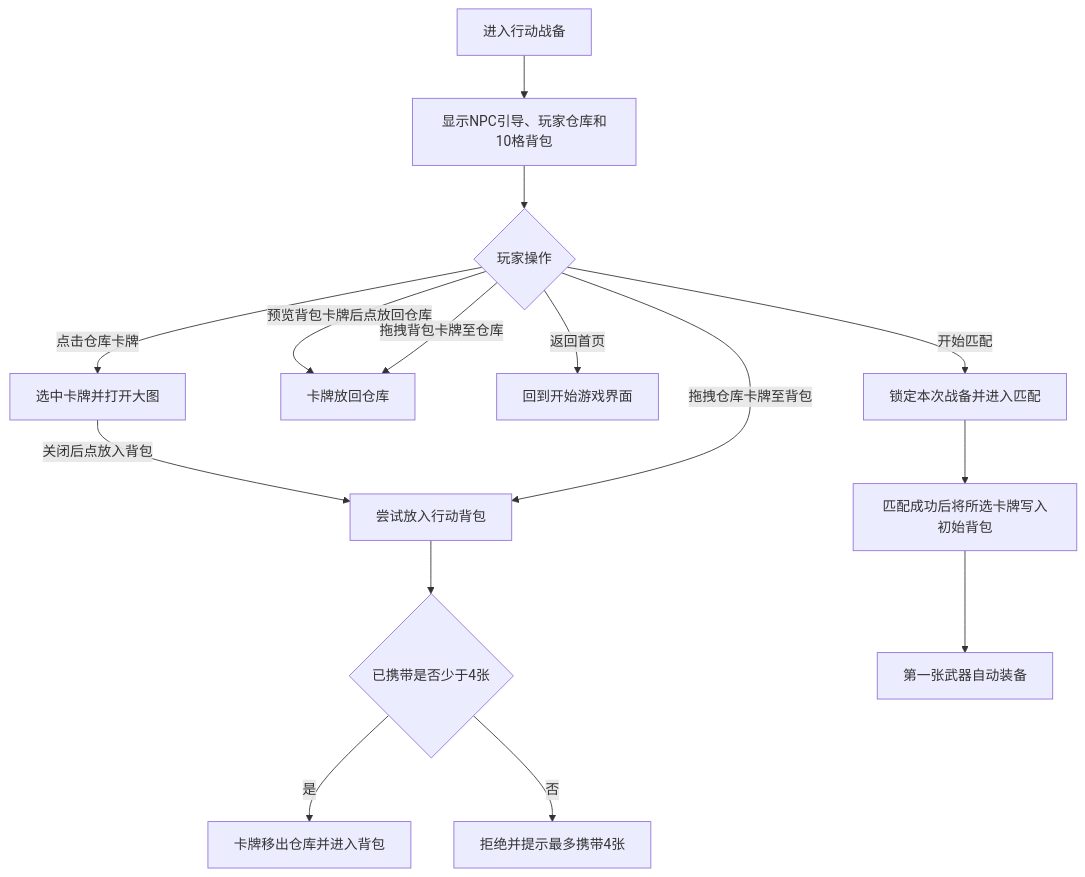
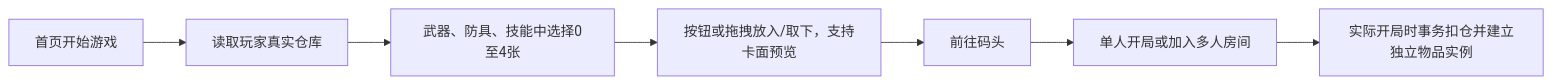
The second of 6 diagrams in docs/游戏产品流程图.md (Yeungsam/heisino-game), drawn with Mermaid before and after one commit. The commit also changed other lines of this file and 19 other files, not shown here.

````diff
--- a/docs/游戏产品流程图.md
+++ b/docs/游戏产品流程图.md
@@ -94,17 +77,9 @@
 ```mermaid
-flowchart TD
-    A["进入行动战备"] --> B["显示NPC引导、玩家仓库和10格背包"]
-    B --> C{"玩家操作"}
-    C -- "点击仓库卡牌" --> D["选中卡牌并打开大图"]
-    D -- "关闭后点放入背包" --> E["尝试放入行动背包"]
-    C -- "拖拽仓库卡牌至背包" --> E
-    E --> F{"已携带是否少于4张"}
-    F -- "是" --> G["卡牌移出仓库并进入背包"]
-    F -- "否" --> H["拒绝并提示最多携带4张"]
-    C -- "预览背包卡牌后点放回仓库" --> I["卡牌放回仓库"]
-    C -- "拖拽背包卡牌至仓库" --> I
-    C -- "返回首页" --> J["回到开始游戏界面"]
-    C -- "开始匹配" --> K["锁定本次战备并进入匹配"]
-    K --> L["匹配成功后将所选卡牌写入初始背包"]
-    L --> M["第一张武器自动装备"]
+flowchart LR
+    A["首页开始游戏"] --> B["读取玩家真实仓库"]
+    B --> C["武器、防具、技能中选择0至4张"]
+    C --> D["按钮或拖拽放入/取下，支持卡面预览"]
+    D --> E["前往码头"]
+    E --> F["单人开局或加入多人房间"]
+    F --> G["实际开局时事务扣仓并建立独立物品实例"]
 ```
````
